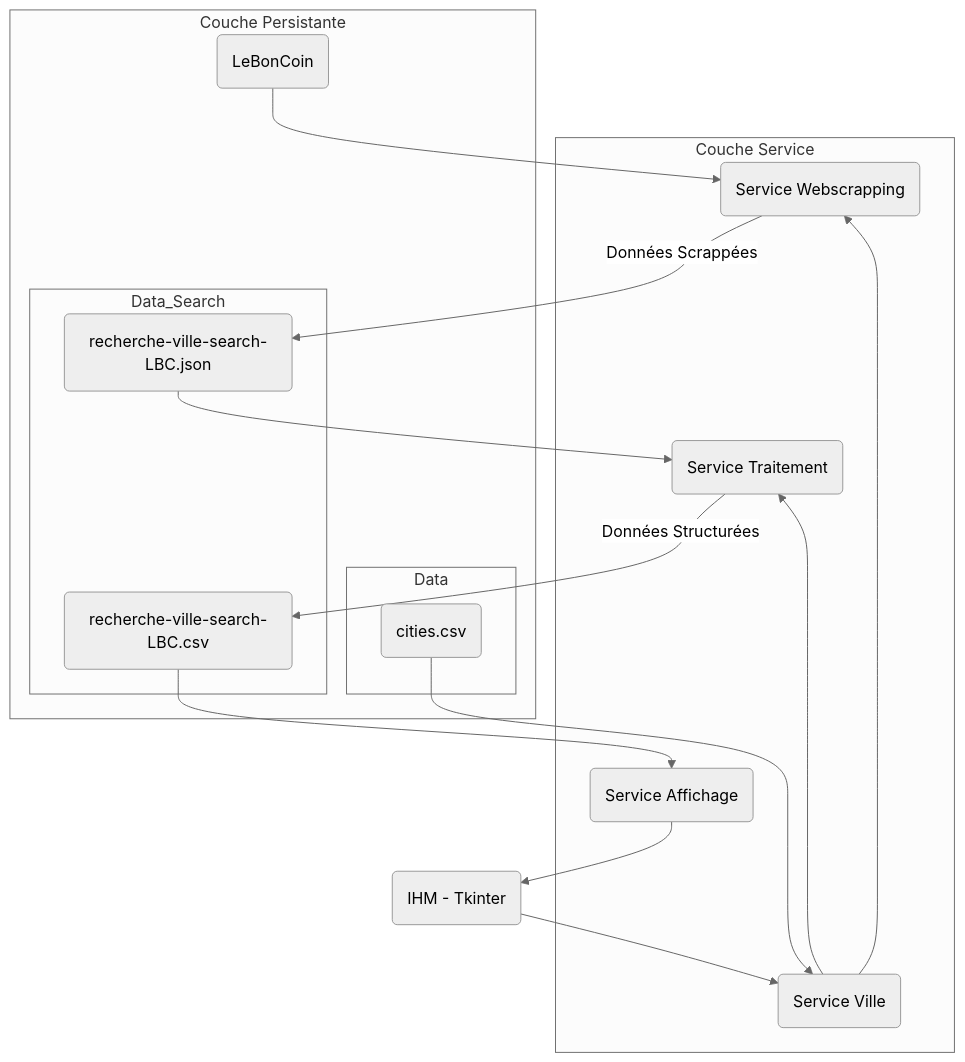
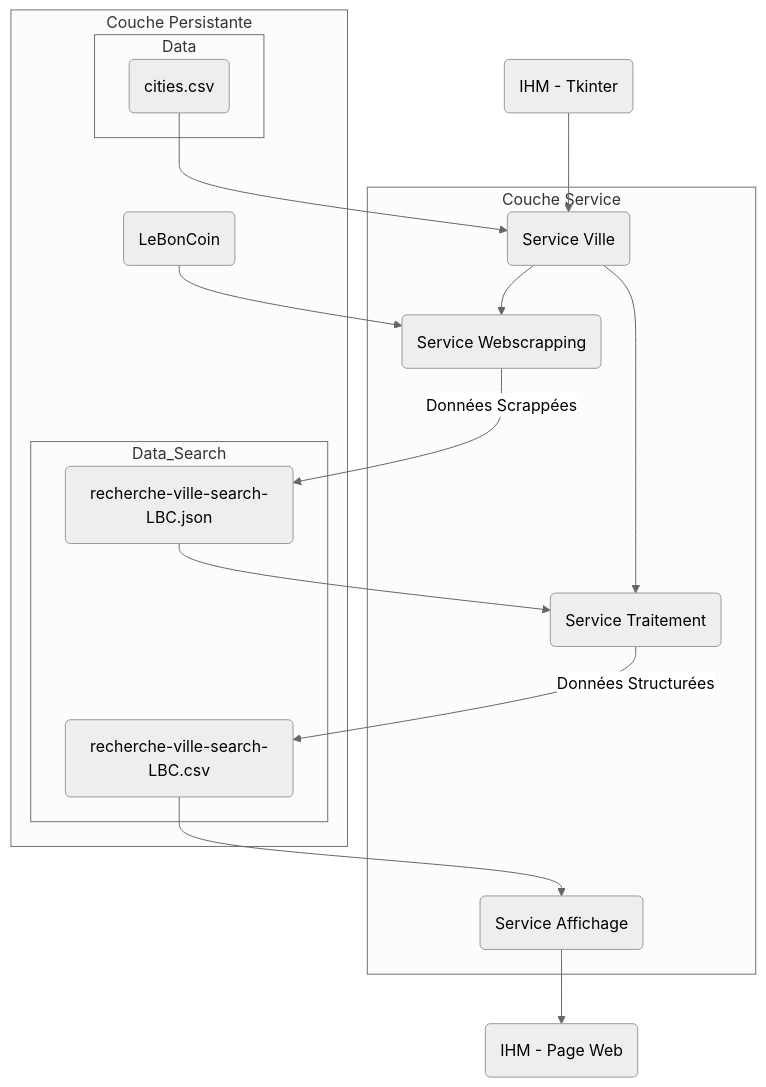
The diagram in README.md (Max32x/LBC-Analyzer), drawn with Mermaid (neutral theme) before and after one commit.

````diff
--- a/README.md
+++ b/README.md
@@ -71,33 +71,33 @@
 ```mermaid
 graph TB
   subgraph Couche Service
     B(Service Webscrapping)
     C(Service Traitement) 
     D(Service Affichage)
     V(Service Ville)
   end
 
     subgraph Couche Persistante
     LBC(LeBonCoin)
         subgraph Data
         R(cities.csv) --> V
         end
 
     subgraph Data_Search
         S(recherche-ville-search-LBC.json)
         S2(recherche-ville-search-LBC.csv)
     end
 end
 
 LBC --> B
 
 V--> B
 V--> C
 B-->|Données Scrappées|S
 S --> C
 C -->|Données Structurées| S2
 
 S2-->D
-D--> IHM(IHM - Tkinter)
-IHM--> V
+D--> IHM2(IHM - Page Web)
+IHM(IHM - Tkinter)--> V
 ```
````
